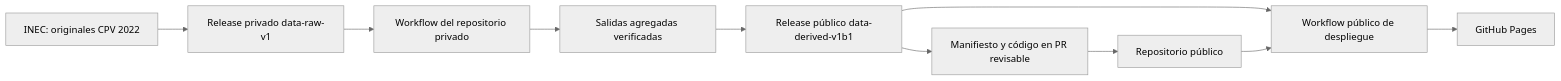
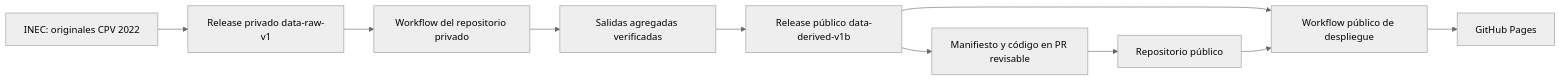
One commit to diegocevallos-tech/censo-vivo-ecuador changed the diagram in docs/data-access.md. Above: the diagram before and after it, drawn with Mermaid (neutral theme). The commit also changed other lines of this file and 15 other files, not shown here.

````diff
--- a/docs/data-access.md
+++ b/docs/data-access.md
@@ -3,12 +3,12 @@
 ```mermaid
 flowchart LR
   A[INEC: originales CPV 2022] --> B[Release privado data-raw-v1]
   B --> C[Workflow del repositorio privado]
   C --> D[Salidas agregadas verificadas]
-  D --> E[Release público data-derived-v1b1]
+  D --> E[Release público data-derived-v1b]
   E --> F[Manifiesto y código en PR revisable]
   F --> G[Repositorio público]
   E --> H[Workflow público de despliegue]
   G --> H
   H --> I[GitHub Pages]
 ```
````
